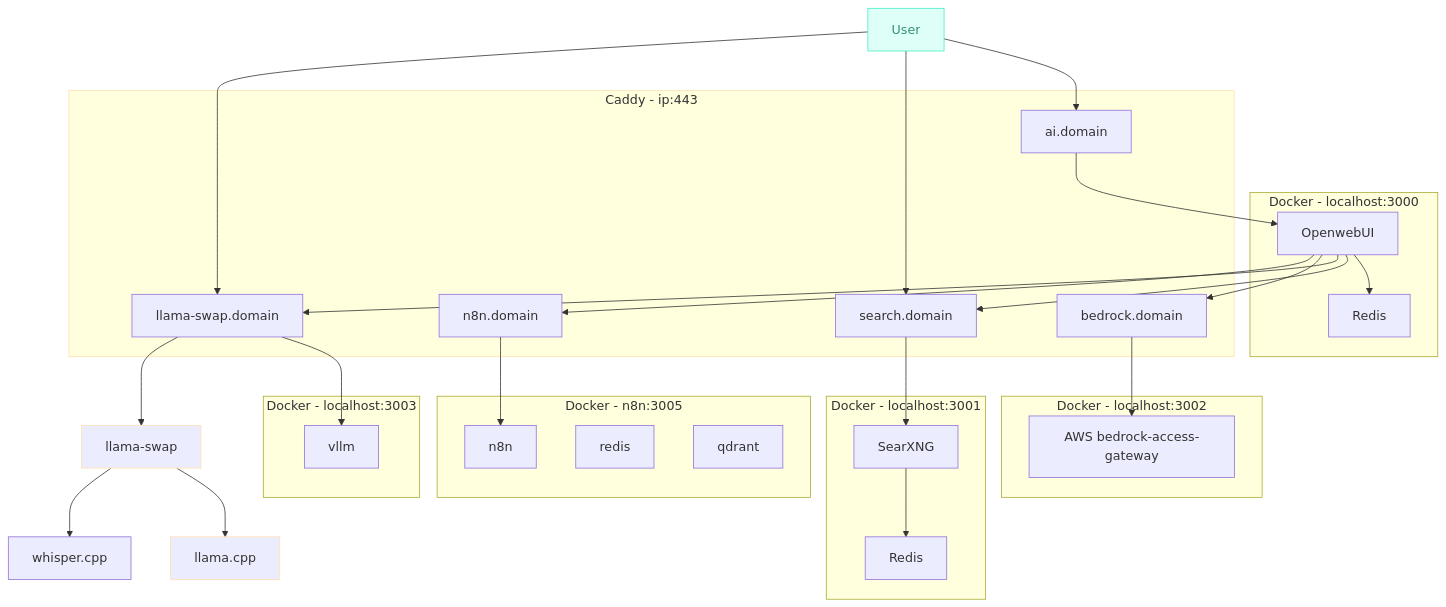
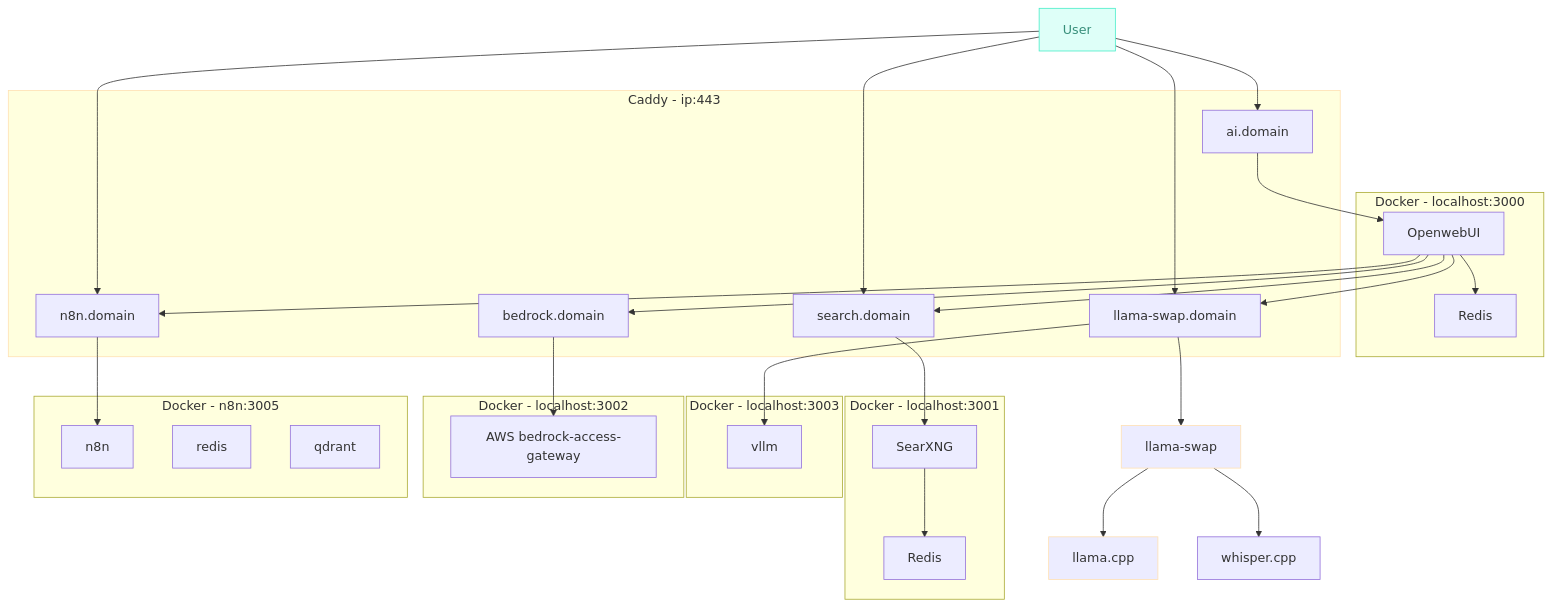
The diagram in README.md (cycl00ps/ai-lab), drawn with Mermaid before and after one commit.

````diff
--- a/README.md
+++ b/README.md
@@ -13,49 +13,50 @@
 ```mermaid
 flowchart TD
  subgraph subGraph0["Docker - localhost:3000"]
         B["Redis"]
         A["OpenwebUI"]
   end
  subgraph subGraph1["Docker - localhost:3001"]
         D["Redis"]
         C["SearXNG"]
   end
  subgraph subGraph2["Caddy - ip:443"]
         E["ai.domain"]
         H["search.domain"]
         J["llama-swap.domain"]
         Y["bedrock.domain"]
         n8nweb["n8n.domain"]
   end
  subgraph subGraph3["Docker - localhost:3003"]
         K["vllm"]
   end
  subgraph subGraph4["Docker - localhost:3002"]
         L["AWS bedrock-access-gateway"]
   end
  subgraph subGraph5["Docker - n8n:3005"]
         n8n["n8n"]
         n8n-redis["redis"]
         n8n-qdrant["qdrant"]
   end
 
     A --> B & H & J & Y & n8nweb
     C --> D
     E --> A
     H --> C
     F["llama-swap"] --> G["llama.cpp"]
     F["llama-swap"] --> Z["whisper.cpp"]
     J --> K
     I["User"] --> E
     I["User"] --> H
+    I["User"] --> n8nweb
     I --> J
     J --> F
     Y --> L
     n8nweb --> n8n
 
 I:::Aqua
     classDef Aqua stroke-width:1px, stroke-dasharray:none, stroke:#46EDC8, fill:#DEFFF8, color:#378E7A
     style F stroke:#FFE0B2
     style G stroke:#FFE0B2
     style subGraph2 stroke:#FFE0B2
 ```
````
